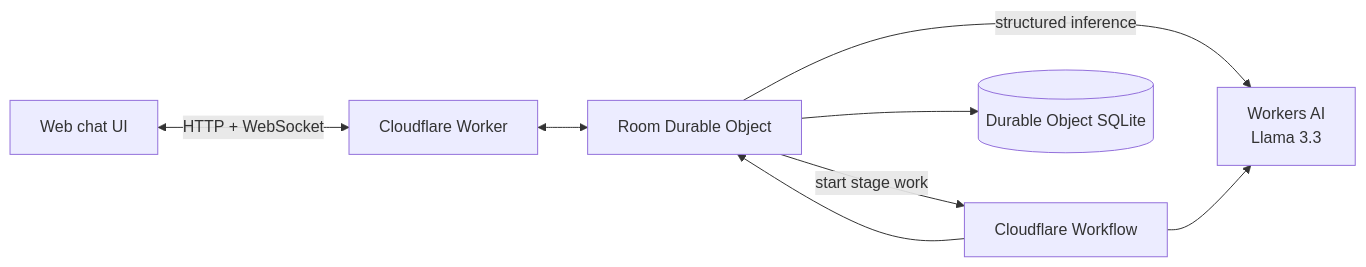
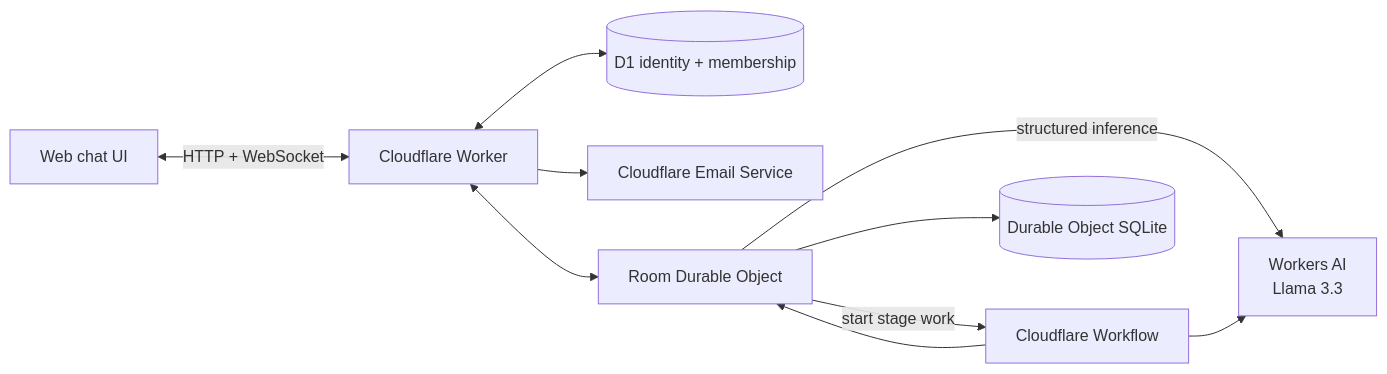
Before and after one commit to beejmaxx/fanpilot-cloudflare-ai-apps: the second of 2 diagrams in docs/product-design.md, drawn with Mermaid. The commit also changed other lines of this file and 15 other files, not shown here.

````diff
--- a/docs/product-design.md
+++ b/docs/product-design.md
@@ -176,10 +177,12 @@
 ```mermaid
 flowchart LR
     UI[Web chat UI] <-->|HTTP + WebSocket| W[Cloudflare Worker]
+    W <--> D1[(D1 identity + membership)]
+    W --> EMAIL[Cloudflare Email Service]
     W <--> DO[Room Durable Object]
     DO -->|structured inference| AI[Workers AI\nLlama 3.3]
     DO -->|start stage work| WF[Cloudflare Workflow]
     WF --> AI
     WF --> DO
     DO --> SQL[(Durable Object SQLite)]
 ```
````
